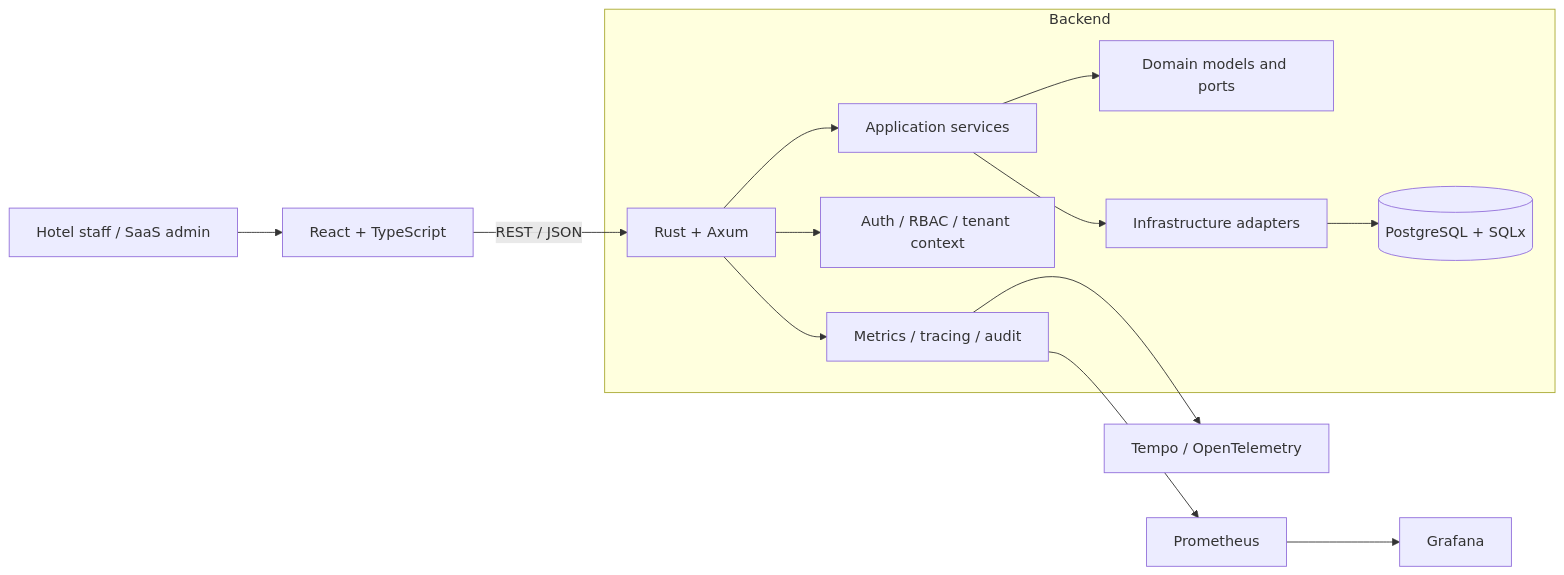
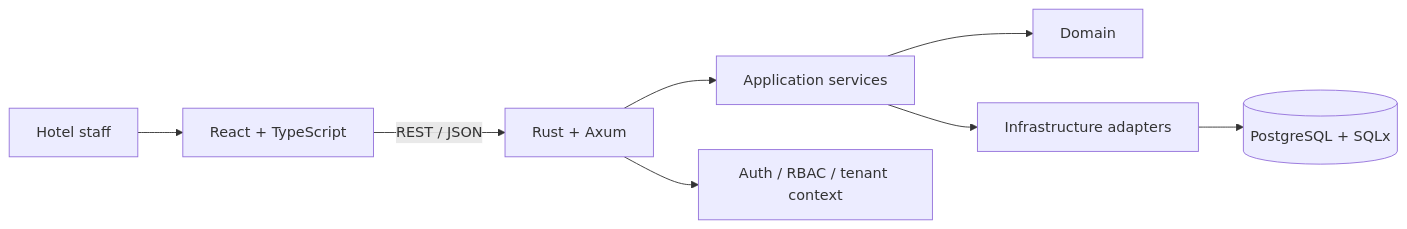
One commit to sjo1848/hotel-management-system changed the diagram in README.md. Above: the diagram before and after it, drawn with Mermaid. The commit also changed other lines of this file and 3 other files, not shown here.

````diff
--- a/README.md
+++ b/README.md
@@ -75,18 +72,10 @@
-```mermaid
+~~~mermaid
 flowchart LR
-    U[Hotel staff / SaaS admin] --> FE[React + TypeScript]
+    USER[Hotel staff] --> FE[React + TypeScript]
     FE -->|REST / JSON| API[Rust + Axum]
-
-    subgraph Backend
-        API --> APP[Application services]
-        APP --> DOM[Domain models and ports]
-        APP --> INF[Infrastructure adapters]
-        INF --> DB[(PostgreSQL + SQLx)]
-        API --> SEC[Auth / RBAC / tenant context]
-        API --> OBS[Metrics / tracing / audit]
-    end
-
-    OBS --> PROM[Prometheus]
-    OBS --> TEMPO[Tempo / OpenTelemetry]
-    PROM --> GRAF[Grafana]
-```
+    API --> APP[Application services]
+    APP --> DOMAIN[Domain]
+    APP --> INFRA[Infrastructure adapters]
+    INFRA --> DB[(PostgreSQL + SQLx)]
+    API --> SEC[Auth / RBAC / tenant context]
+~~~
````
